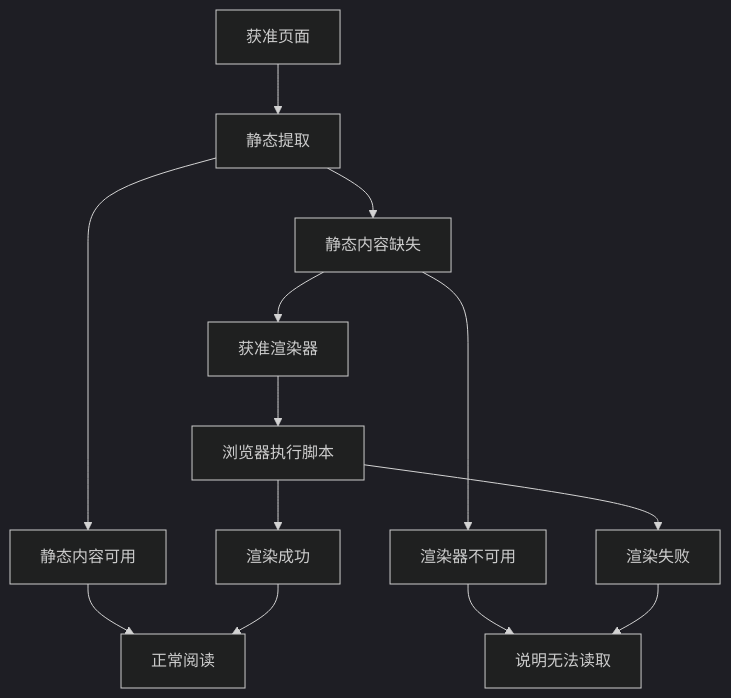
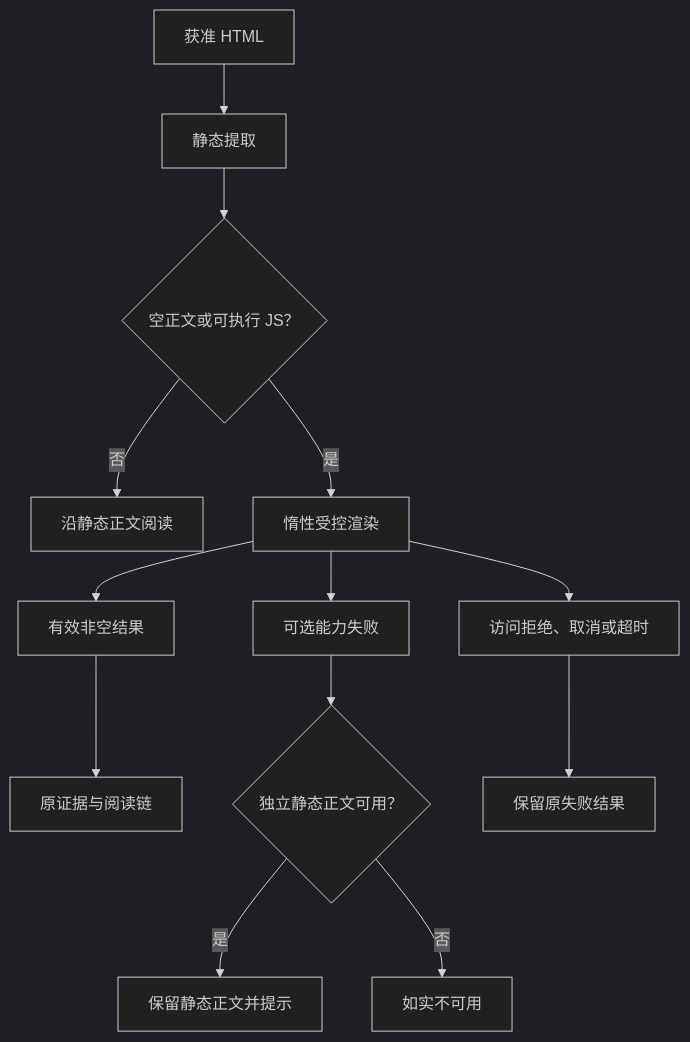
Before and after one commit to hpoenixf/eff-agent-article: the eighth of 10 diagrams in articles/021-agent-web-research-from-search-to-deep-reading.md, drawn with Mermaid (dark theme). The commit also changed other lines of this file and 1 other file, not shown here.

````diff
--- a/articles/021-agent-web-research-from-search-to-deep-reading.md
+++ b/articles/021-agent-web-research-from-search-to-deep-reading.md
@@ -205,15 +192,15 @@
 ```mermaid
 graph TD
-AllowedPage["获准页面"] --> StaticExtraction["静态提取"]
-StaticExtraction --> StaticContentReady["静态内容可用"]
-StaticContentReady --> NormalReading["正常阅读"]
-StaticExtraction --> StaticContentMissing["静态内容缺失"]
-StaticContentMissing --> RendererUnavailable["渲染器不可用"]
-RendererUnavailable --> ReportUnreadable["说明无法读取"]
-StaticContentMissing --> ApprovedRenderer["获准渲染器"]
-ApprovedRenderer --> BrowserExecutesJS["浏览器执行脚本"]
-BrowserExecutesJS --> RenderSuccess["渲染成功"]
-RenderSuccess --> NormalReading
-BrowserExecutesJS --> RenderFailure["渲染失败"]
-RenderFailure --> ReportUnreadable
+AllowedPage["获准 HTML"] --> StaticExtraction["静态提取"]
+StaticExtraction --> RenderCondition{"空正文或可执行 JS？"}
+RenderCondition -- 否 --> StaticReading["沿静态正文阅读"]
+RenderCondition -- 是 --> GovernedRender["惰性受控渲染"]
+GovernedRender --> RenderSuccess["有效非空结果"]
+RenderSuccess --> NormalReading["原证据与阅读链"]
+GovernedRender --> OptionalFailure["可选能力失败"]
+OptionalFailure --> StaticAvailable{"独立静态正文可用？"}
+StaticAvailable -- 是 --> StaticWithWarning["保留静态正文并提示"]
+StaticAvailable -- 否 --> Unavailable["如实不可用"]
+GovernedRender --> TerminalFailure["访问拒绝、取消或超时"]
+TerminalFailure --> OriginalOutcome["保留原失败结果"]
 ```
````
